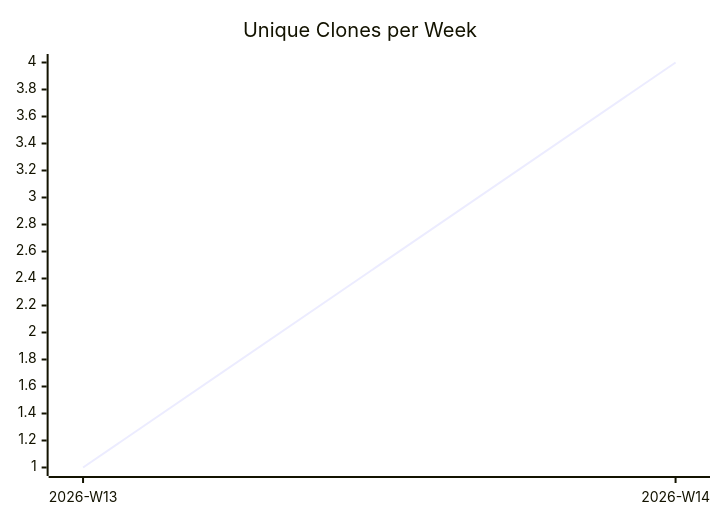
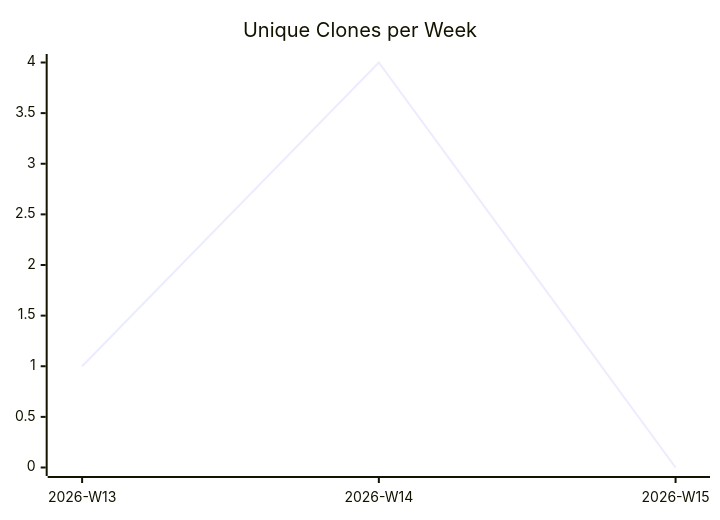
Before and after one commit to justdavis-family/github-analytics-data: the third of 3 diagrams in karlmdavis/justdavis-puppet/README.md, drawn with Mermaid. The commit also changed other lines of this file and 190 other files, not shown here.

````diff
--- a/karlmdavis/justdavis-puppet/README.md
+++ b/karlmdavis/justdavis-puppet/README.md
@@ -19,6 +19,6 @@
 ```mermaid
 xychart-beta
   title "Unique Clones per Week"
-  x-axis ["2026-W13", "2026-W14"]
-  line [1, 4]
+  x-axis ["2026-W13", "2026-W14", "2026-W15"]
+  line [1, 4, 0]
 ```
````
